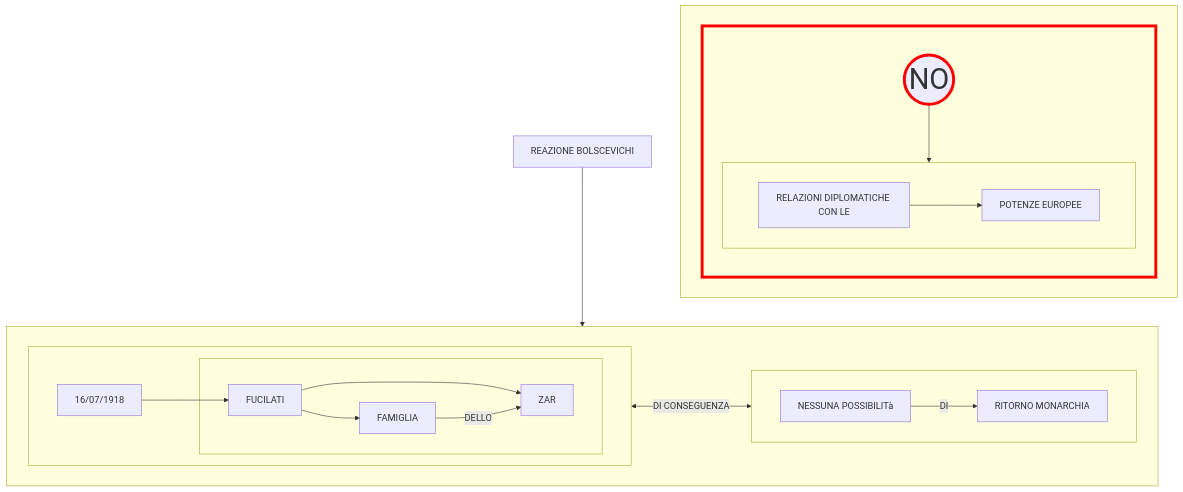
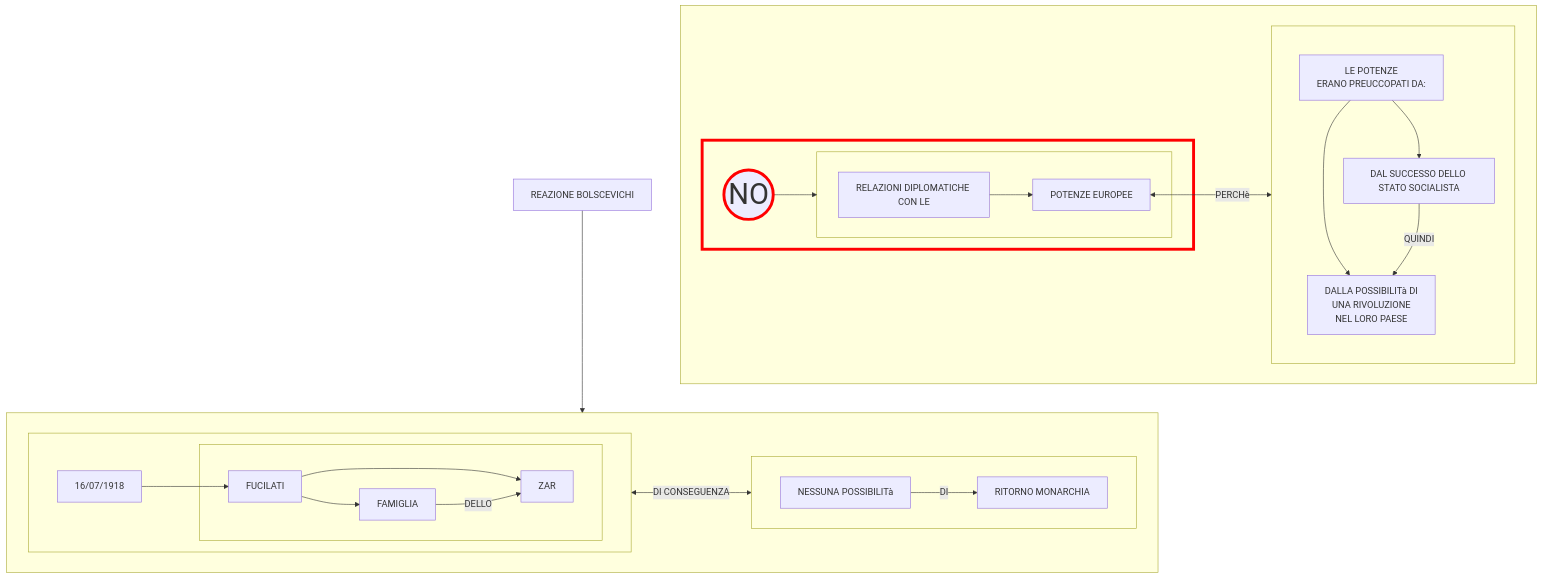
Before and after one commit to Laaouatni/ricerca-storia-MermaidJS: the eighth of 8 diagrams in stalinismo.md, drawn with Mermaid.

````diff
--- a/stalinismo.md
+++ b/stalinismo.md
@@ -346,37 +346,45 @@
 ```mermaid
 flowchart TB
     0[REAZIONE BOLSCEVICHI]
     subgraph 13[" "]
         subgraph 1[" "]
             10[16/07/1918]
             subgraph 11[" "]
                 110[FUCILATI]
                 1100[ZAR]
                 1101[FAMIGLIA]
                 110 --> 1100 & 1101
                 1101 -->|DELLO| 1100
             end
             10 --> 110
         end
         subgraph 12[" "]
             120[NESSUNA POSSIBILITà]
             121[RITORNO MONARCHIA]
             120 --> |DI| 121
         end
         1 <-->|DI CONSEGUENZA| 12 
     end
     subgraph 2[" "]
         subgraph 20[" "]
             200((NO))
             style 200 stroke:#ff0000, stroke-width:5px, font-size:50px;
             subgraph 21[" "]
                 210[RELAZIONI DIPLOMATICHE CON LE]
                 211[POTENZE EUROPEE]
                 210 --> 211
             end
             200 --> 21
         end
         style 20 stroke:#ff0000, stroke-width:5px;
+        subgraph 25[" "]
+            250[LE POTENZE <BR> ERANO PREUCCOPATI DA:]
+            2500[DAL SUCCESSO DELLO STATO SOCIALISTA]
+            2501[DALLA POSSIBILITà DI <BR> UNA RIVOLUZIONE <BR> NEL LORO PAESE]
+            250 --> 2500 & 2501
+            2500 -->|QUINDI| 2501
+        end
+        211 <-->|PERCHè| 25
     end
     0 --> 13
 ```
````
